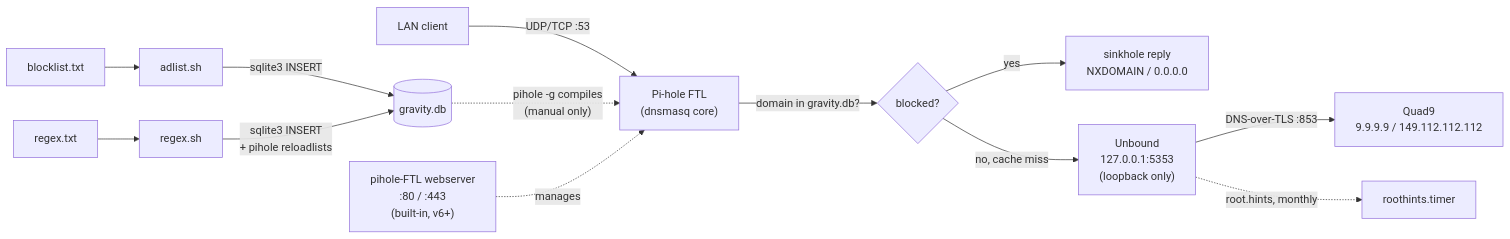
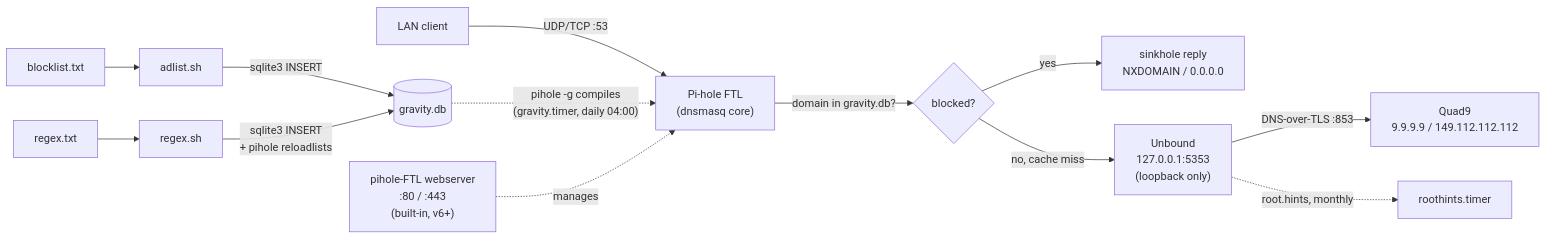
Before and after one commit to kishansundar/pihole-unbound: the diagram in README.md, drawn with Mermaid. The commit also changed other lines of this file and 5 other files, not shown here.

````diff
--- a/README.md
+++ b/README.md
@@ -16,15 +16,15 @@
 ```mermaid
 flowchart LR
     client["LAN client"] -->|"UDP/TCP :53"| ftl["Pi-hole FTL\n(dnsmasq core)"]
     ftl -->|"domain in gravity.db?"| decision{"blocked?"}
     decision -->|yes| sink["sinkhole reply\nNXDOMAIN / 0.0.0.0"]
     decision -->|"no, cache miss"| unbound["Unbound\n127.0.0.1:5353\n(loopback only)"]
     unbound -->|"DNS-over-TLS :853"| quad9["Quad9\n9.9.9.9 / 149.112.112.112"]
     unbound -.->|"root.hints, monthly"| hints["roothints.timer"]
     blocklist["blocklist.txt"] --> loader["adlist.sh"]
     loader -->|"sqlite3 INSERT"| gdb[("gravity.db")]
-    gdb -.->|"pihole -g compiles\n(manual only)"| ftl
+    gdb -.->|"pihole -g compiles\n(gravity.timer, daily 04:00)"| ftl
     regexfile["regex.txt"] --> regexsh["regex.sh"]
     regexsh -->|"sqlite3 INSERT\n+ pihole reloadlists"| gdb
     admin["pihole-FTL webserver\n:80 / :443\n(built-in, v6+)"] -.manages.-> ftl
 ```
````
